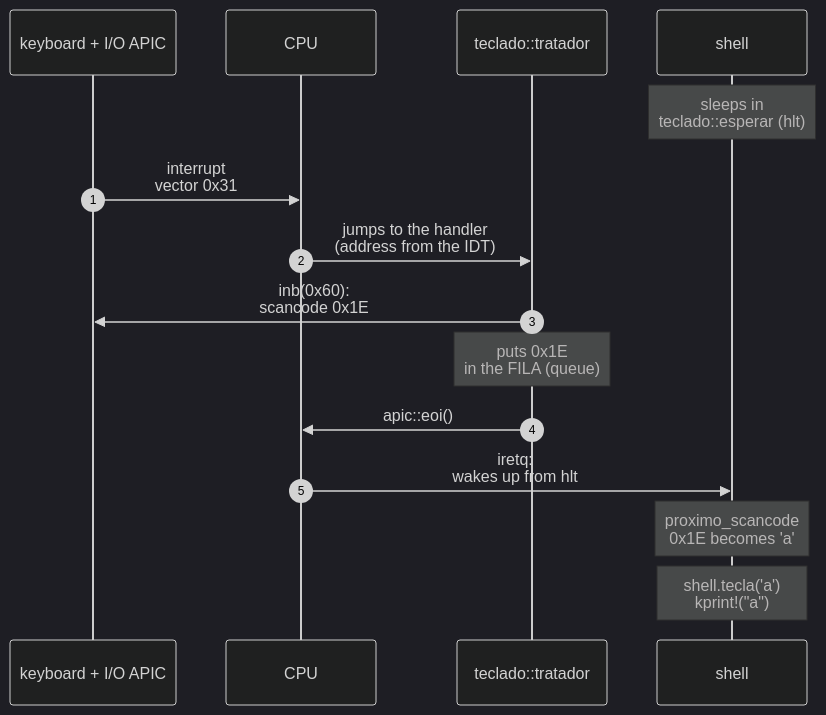
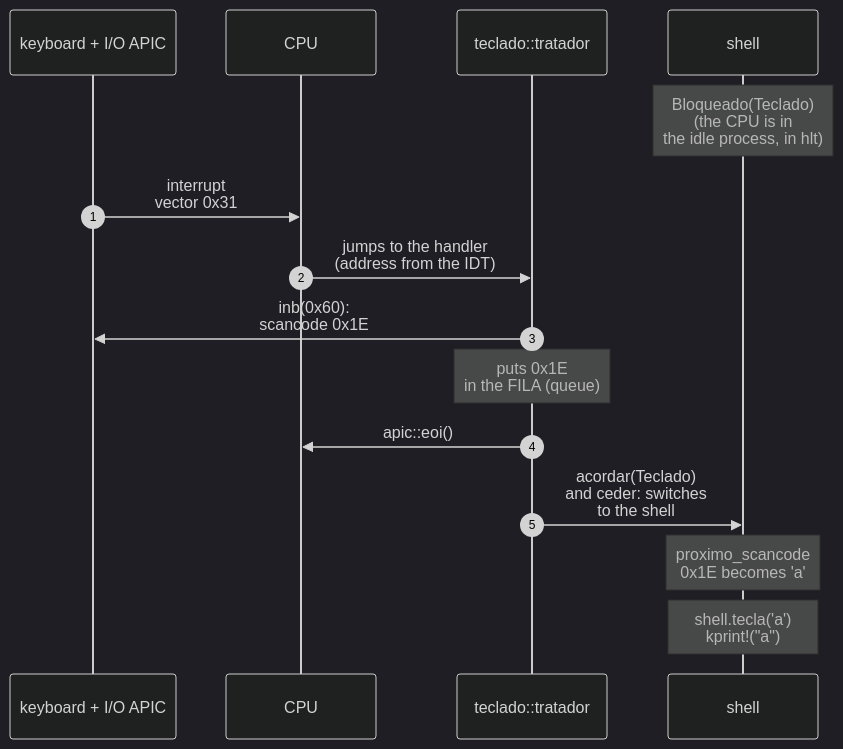
Before and after one commit to moises-dev-git/siliconOS: the fourth of 8 diagrams in docs-en/mapa.md, drawn with Mermaid (dark theme). The commit also changed other lines of this file and 30 other files, not shown here.

````diff
--- a/docs-en/mapa.md
+++ b/docs-en/mapa.md
@@ -214,18 +214,18 @@
 ```mermaid
 sequenceDiagram
     autonumber
     participant T as keyboard + I/O APIC
     participant CPU
     participant TR as teclado::tratador
     participant SH as shell
 
-    Note over SH: sleeps in<br/>teclado::esperar (hlt)
+    Note over SH: Bloqueado(Teclado)<br/>(the CPU is in<br/>the idle process, in hlt)
     T->>CPU: interrupt<br/>vector 0x31
     CPU->>TR: jumps to the handler<br/>(address from the IDT)
     TR->>T: inb(0x60):<br/>scancode 0x1E
     Note over TR: puts 0x1E<br/>in the FILA (queue)
     TR->>CPU: apic::eoi()
-    CPU->>SH: iretq:<br/>wakes up from hlt
+    TR->>SH: acordar(Teclado)<br/>and ceder: switches<br/>to the shell
     Note over SH: proximo_scancode<br/>0x1E becomes 'a'
     Note over SH: shell.tecla('a')<br/>kprint!("a")
 ```
````
